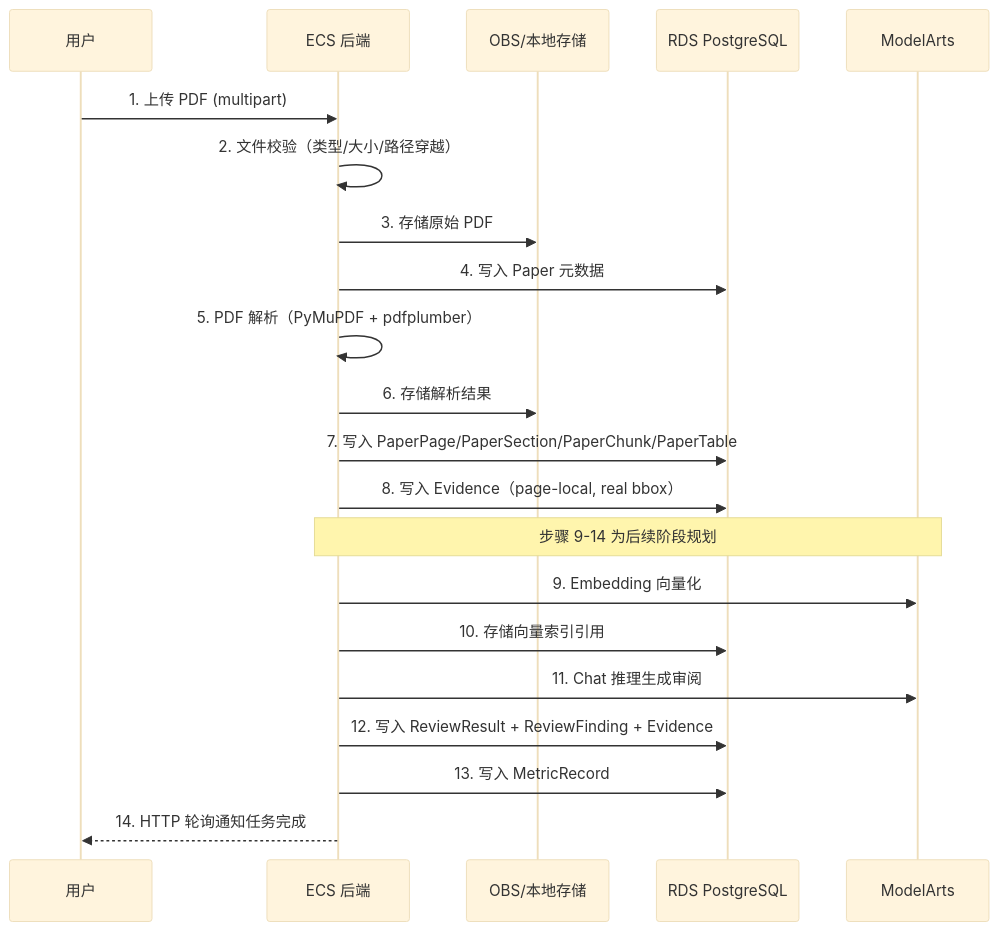
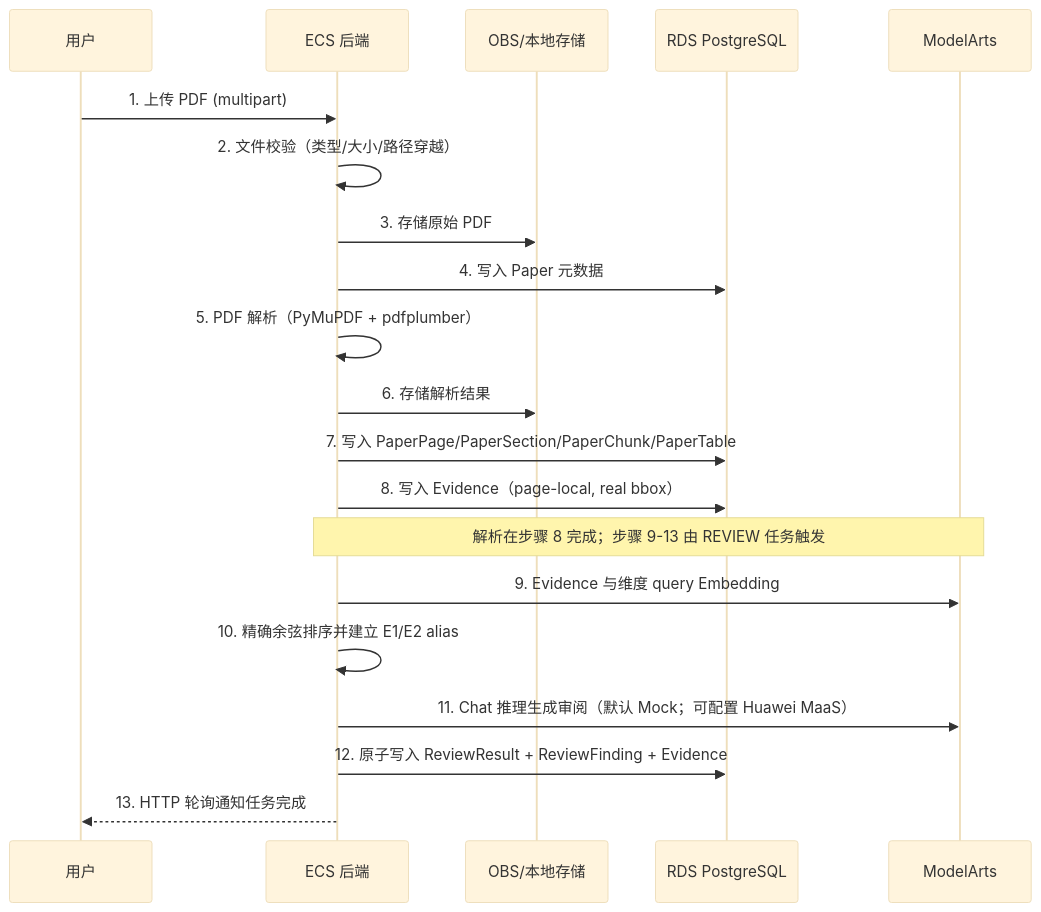
Before and after one commit to falconousZhang/PaperLens: the third of 5 diagrams in ProjectDocs/systemDesign/02-架构设计.md, drawn with Mermaid (base theme). The commit also changed other lines of this file and 133 other files, not shown here.

````diff
--- a/ProjectDocs/systemDesign/02-架构设计.md
+++ b/ProjectDocs/systemDesign/02-架构设计.md
@@ -262,24 +263,23 @@
 ```mermaid
 sequenceDiagram
     participant U as 用户
     participant E as ECS 后端
     participant O as OBS/本地存储
     participant D as RDS PostgreSQL
     participant M as ModelArts
 
     U->>E: 1. 上传 PDF (multipart)
     E->>E: 2. 文件校验（类型/大小/路径穿越）
     E->>O: 3. 存储原始 PDF
     E->>D: 4. 写入 Paper 元数据
     E->>E: 5. PDF 解析（PyMuPDF + pdfplumber）
     E->>O: 6. 存储解析结果
     E->>D: 7. 写入 PaperPage/PaperSection/PaperChunk/PaperTable
     E->>D: 8. 写入 Evidence（page-local, real bbox）
-    Note over E,M: 步骤 9-14 为后续阶段规划
-    E->>M: 9. Embedding 向量化
-    E->>D: 10. 存储向量索引引用
-    E->>M: 11. Chat 推理生成审阅
-    E->>D: 12. 写入 ReviewResult + ReviewFinding + Evidence
-    E->>D: 13. 写入 MetricRecord
-    E-->>U: 14. HTTP 轮询通知任务完成
+    Note over E,M: 解析在步骤 8 完成；步骤 9-13 由 REVIEW 任务触发
+    E->>M: 9. Evidence 与维度 query Embedding
+    E->>E: 10. 精确余弦排序并建立 E1/E2 alias
+    E->>M: 11. Chat 推理生成审阅（默认 Mock；可配置 Huawei MaaS）
+    E->>D: 12. 原子写入 ReviewResult + ReviewFinding + Evidence
+    E-->>U: 13. HTTP 轮询通知任务完成
 ```
````
